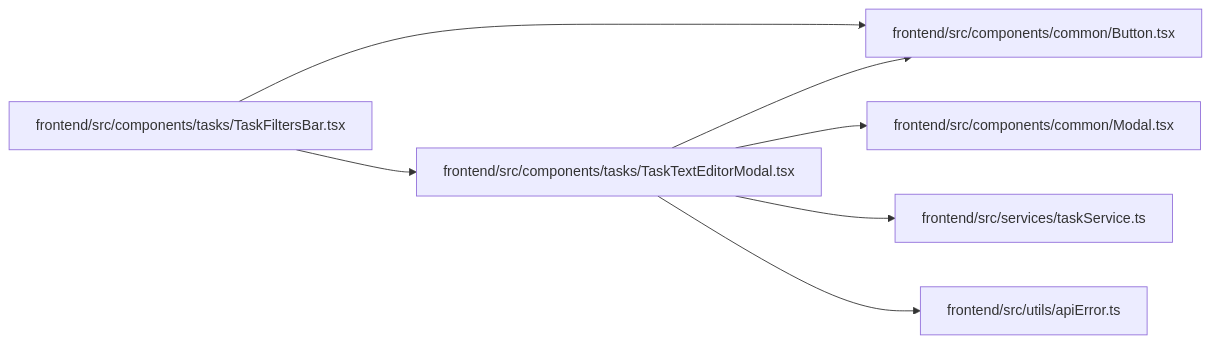
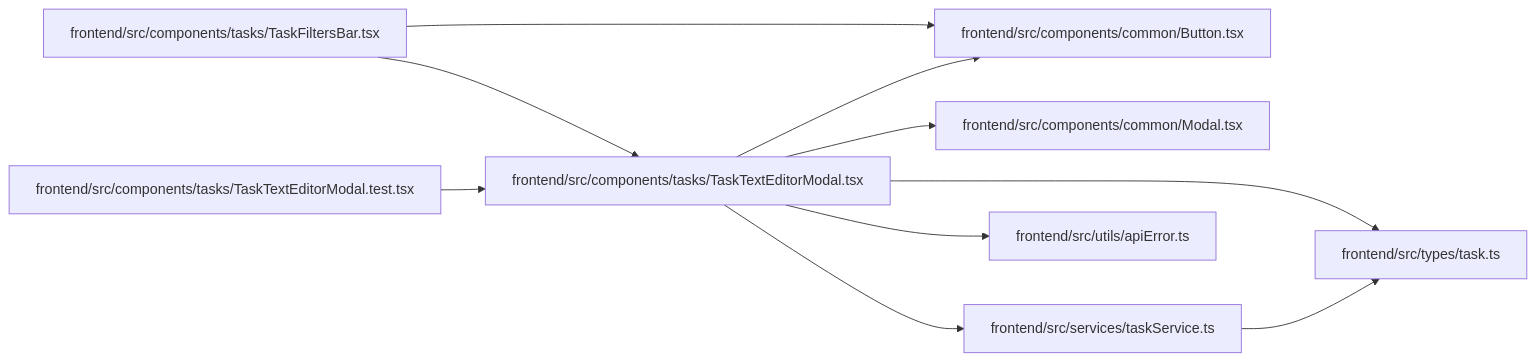
Before and after one commit to Denissvgn/WorkChord: the diagram in docs/llm_wiki/modules/TaskTextEditorModal.md, drawn with Mermaid. The commit also changed other lines of this file and 6624 other files, not shown here.

````diff
--- a/docs/llm_wiki/modules/TaskTextEditorModal.md
+++ b/docs/llm_wiki/modules/TaskTextEditorModal.md
@@ -32,21 +35,28 @@
 ```mermaid
 flowchart LR
     n0["frontend/src/components/common/Button.tsx"]
     n1["frontend/src/components/common/Modal.tsx"]
     n2["frontend/src/components/tasks/TaskFiltersBar.tsx"]
-    n3["frontend/src/components/tasks/TaskTextEditorModal.tsx"]
-    n4["frontend/src/services/taskService.ts"]
-    n5["frontend/src/utils/apiError.ts"]
+    n3["frontend/src/components/tasks/TaskTextEditorModal.test.tsx"]
+    n4["frontend/src/components/tasks/TaskTextEditorModal.tsx"]
+    n5["frontend/src/services/taskService.ts"]
+    n6["frontend/src/types/task.ts"]
+    n7["frontend/src/utils/apiError.ts"]
     n2 --> n0
-    n2 --> n3
-    n3 --> n0
-    n3 --> n1
+    n2 --> n4
     n3 --> n4
-    n3 --> n5
+    n4 --> n0
+    n4 --> n1
+    n4 --> n5
+    n4 --> n6
+    n4 --> n7
+    n5 --> n6
     click n0 "../modules/Button.md"
     click n1 "../modules/Modal.md"
     click n2 "../modules/TaskFiltersBar.md"
-    click n3 "../modules/TaskTextEditorModal.md"
-    click n4 "../modules/taskService.md"
-    click n5 "../modules/apiError.md"
+    click n3 "../modules/TaskTextEditorModal.test.md"
+    click n4 "../modules/TaskTextEditorModal.md"
+    click n5 "../modules/taskService.md"
+    click n6 "../modules/types_task.md"
+    click n7 "../modules/apiError.md"
 ```
````
